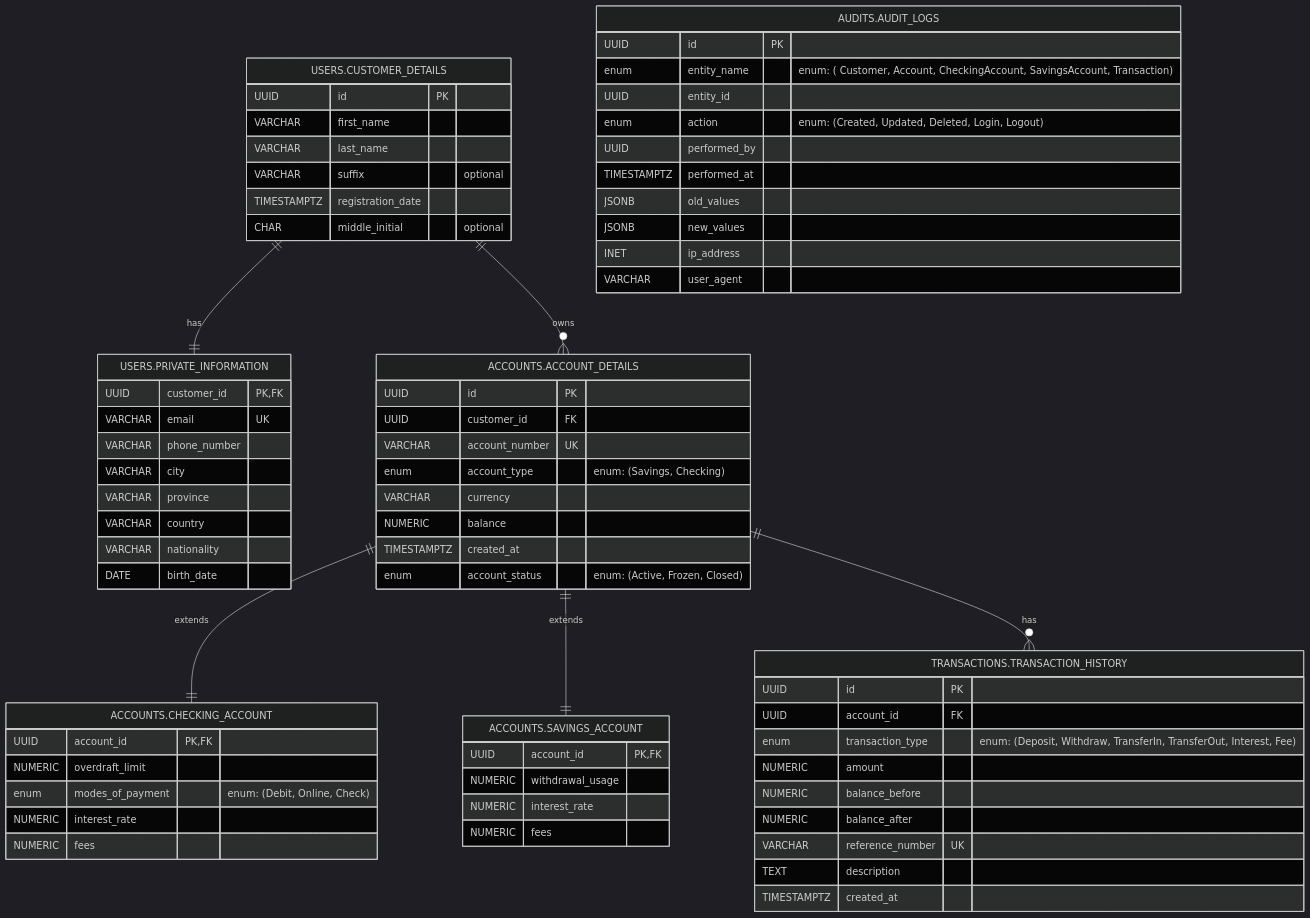
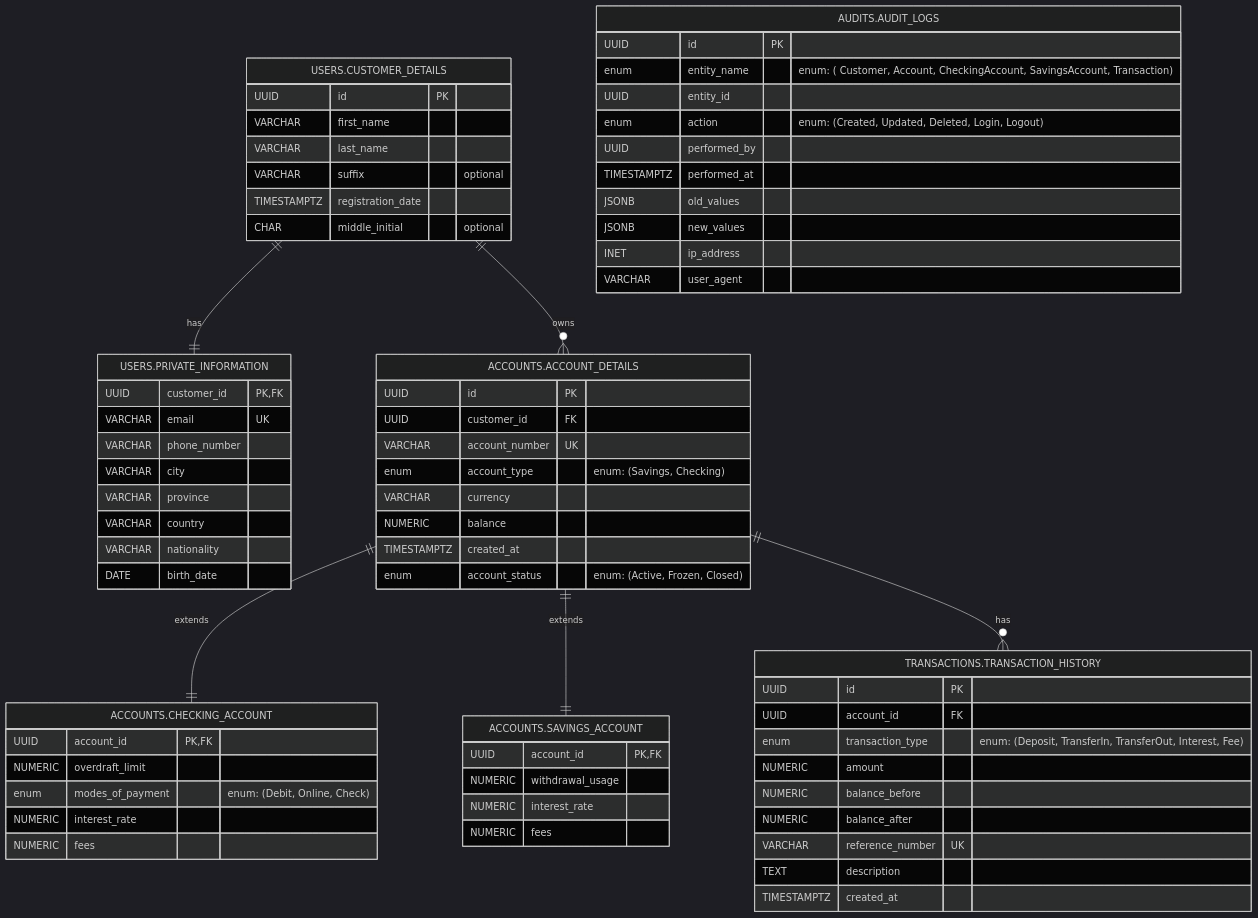
The diagram in docs/ERD/CSBANK.md (Jherson-Aguto/BankingSystem), drawn with Mermaid (dark theme) before and after one commit. The commit also changed 2 other files, not shown here.

Commit message:
removed withdraw

````diff
--- a/docs/ERD/CSBANK.md
+++ b/docs/ERD/CSBANK.md
@@ -10,79 +10,79 @@
 ```mermaid
 erDiagram
     USERS.CUSTOMER_DETAILS ||--|| USERS.PRIVATE_INFORMATION : has
     USERS.CUSTOMER_DETAILS ||--o{ ACCOUNTS.ACCOUNT_DETAILS : owns
     ACCOUNTS.ACCOUNT_DETAILS ||--|| ACCOUNTS.CHECKING_ACCOUNT : extends
     ACCOUNTS.ACCOUNT_DETAILS ||--|| ACCOUNTS.SAVINGS_ACCOUNT : extends
     ACCOUNTS.ACCOUNT_DETAILS ||--o{ TRANSACTIONS.TRANSACTION_HISTORY : has
 
     USERS.CUSTOMER_DETAILS {
         UUID id PK
         VARCHAR first_name
         VARCHAR last_name
         VARCHAR suffix "optional"
         TIMESTAMPTZ registration_date
         CHAR middle_initial "optional"
     }
     
     USERS.PRIVATE_INFORMATION {
         UUID customer_id PK,FK
         VARCHAR email UK
         VARCHAR phone_number
         VARCHAR city
         VARCHAR province
         VARCHAR country
         VARCHAR nationality
         DATE birth_date
     }
 
     ACCOUNTS.ACCOUNT_DETAILS{
         UUID id PK
         UUID customer_id FK
         VARCHAR account_number UK
         enum account_type "enum: (Savings, Checking)"
         VARCHAR currency
         NUMERIC balance
         TIMESTAMPTZ created_at
         enum account_status "enum: (Active, Frozen, Closed)"
     }
 
     ACCOUNTS.CHECKING_ACCOUNT{
         UUID account_id PK,FK
         NUMERIC overdraft_limit
         enum modes_of_payment "enum: (Debit, Online, Check)"
         NUMERIC interest_rate
         NUMERIC fees
     }
 
     ACCOUNTS.SAVINGS_ACCOUNT{
         UUID account_id PK,FK
         NUMERIC withdrawal_usage
         NUMERIC interest_rate
         NUMERIC fees
     }
 
     AUDITS.AUDIT_LOGS{
         UUID id PK
         enum entity_name "enum: ( Customer, Account, CheckingAccount, SavingsAccount, Transaction)"
         UUID entity_id
         enum action "enum: (Created, Updated, Deleted, Login, Logout)"
         UUID performed_by
         TIMESTAMPTZ performed_at
         JSONB old_values
         JSONB new_values
         INET ip_address
         VARCHAR user_agent
     }
 
     TRANSACTIONS.TRANSACTION_HISTORY{
         UUID id PK
         UUID account_id FK
-        enum transaction_type "enum: (Deposit, Withdraw, TransferIn, TransferOut, Interest, Fee)"
+        enum transaction_type "enum: (Deposit, TransferIn, TransferOut, Interest, Fee)"
         NUMERIC amount
         NUMERIC balance_before
         NUMERIC balance_after
         VARCHAR reference_number UK
         TEXT description
         TIMESTAMPTZ created_at 
     }
 ```
````
